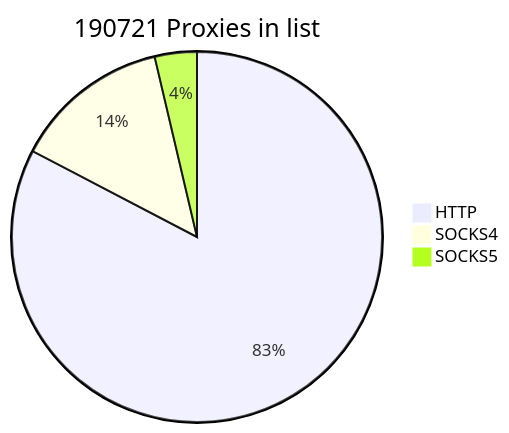
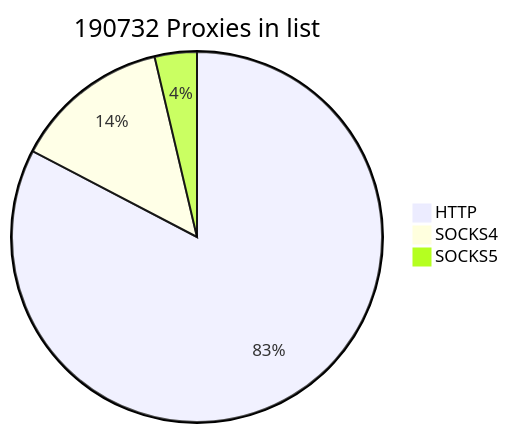
Before and after one commit to cutipu/proxylist: the first of 2 diagrams in README.md, drawn with Mermaid. The commit also changed other lines of this file, not shown here.

````diff
--- a/README.md
+++ b/README.md
@@ -2,7 +2,7 @@
 ```mermaid
-pie title 190721 Proxies in list
+pie title 190732 Proxies in list
     "HTTP" : 157656
     "SOCKS4" : 26060
-    "SOCKS5" : 7005
+    "SOCKS5" : 7016
             
 ```
````
